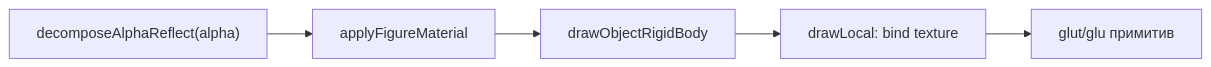
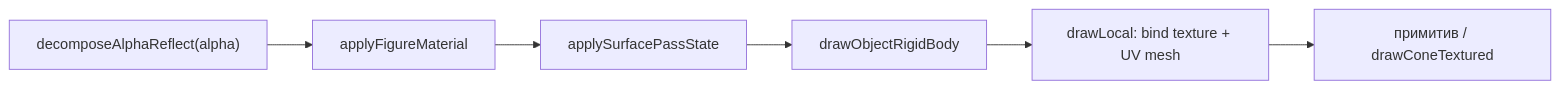
Before and after one commit to Aapng-cmd/engine: the second of 3 diagrams in TUTORIAL.md, drawn with Mermaid. The commit also changed other lines of this file and 60 other files, not shown here.

````diff
--- a/TUTORIAL.md
+++ b/TUTORIAL.md
@@ -427,10 +463,11 @@
 ```mermaid
 flowchart LR
     A["decomposeAlphaReflect(alpha)"]
     B["applyFigureMaterial"]
+    S["applySurfacePassState"]
     C["drawObjectRigidBody"]
-    D["drawLocal: bind texture"]
-    E["glut/glu примитив"]
+    D["drawLocal: bind texture + UV mesh"]
+    E["примитив / drawConeTextured"]
 
-    A --> B --> C --> D --> E
+    A --> B --> S --> C --> D --> E
 ```
````
